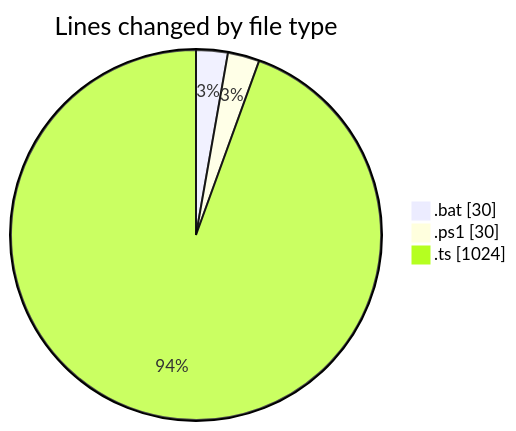
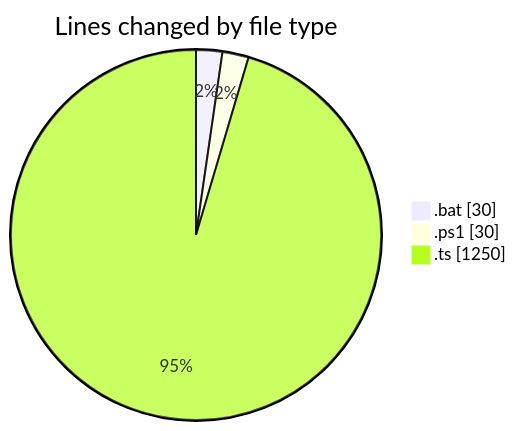
Before and after one commit to lephambinh05/code-tracking: the first of 2 diagrams in 2025-09-11/hiai-phf/README.md, drawn with Mermaid. The commit also changed other lines of this file and 1 other file, not shown here.

````diff
--- a/2025-09-11/hiai-phf/README.md
+++ b/2025-09-11/hiai-phf/README.md
@@ -23,7 +24,7 @@
 ```mermaid
 pie showData
 title Lines changed by file type
 ".bat" : 30
 ".ps1" : 30
-".ts" : 1024
+".ts" : 1250
 ```
````
